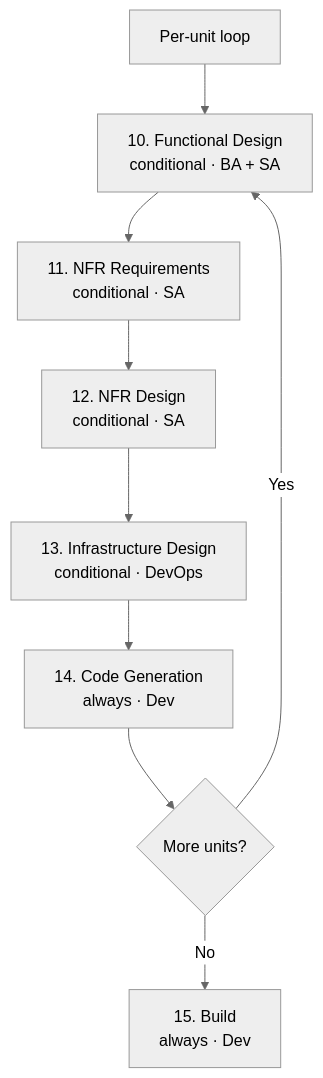
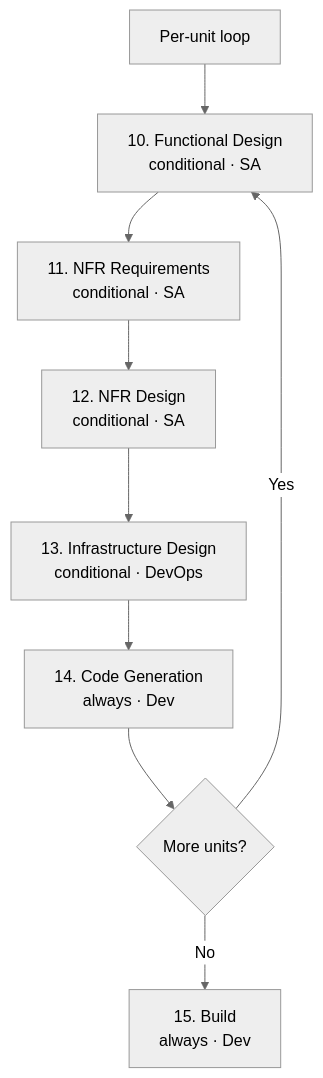
Before and after one commit to thangtmkafi/AI-DLC: the fifth of 6 diagrams in packages/claude-code/CLAUDE.md, drawn with Mermaid (neutral theme). The commit also changed other lines of this file and 39 other files, not shown here.

````diff
--- a/packages/claude-code/CLAUDE.md
+++ b/packages/claude-code/CLAUDE.md
@@ -134,11 +134,11 @@
 ```mermaid
 flowchart TB
-    L[Per-unit loop] --> S10[10. Functional Design<br/>conditional · BA + SA]
+    L[Per-unit loop] --> S10[10. Functional Design<br/>conditional · SA]
     S10 --> S11[11. NFR Requirements<br/>conditional · SA]
     S11 --> S12[12. NFR Design<br/>conditional · SA]
     S12 --> S13[13. Infrastructure Design<br/>conditional · DevOps]
     S13 --> S14[14. Code Generation<br/>always · Dev]
     S14 --> N{More units?}
     N -->|Yes| S10
     N -->|No| S15[15. Build<br/>always · Dev]
 ```
````
